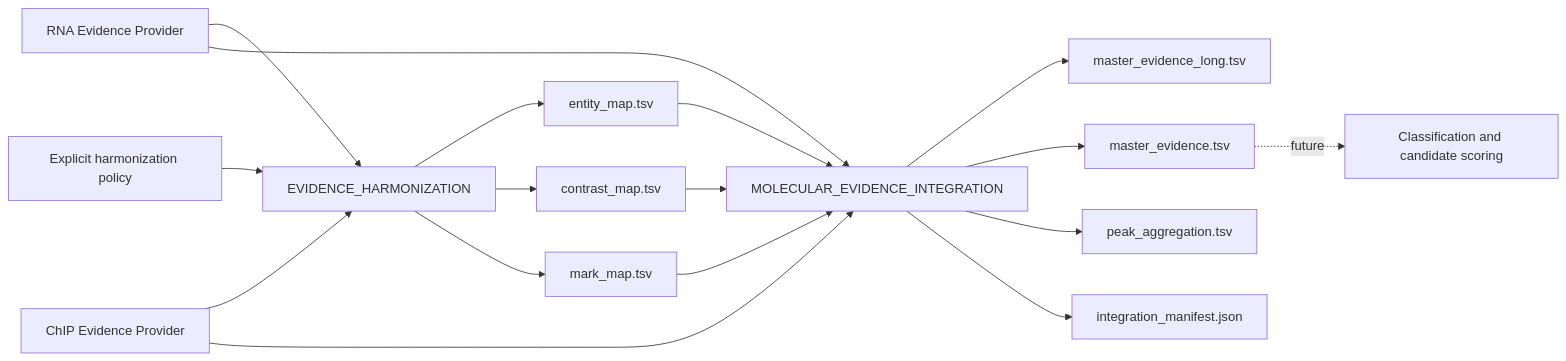
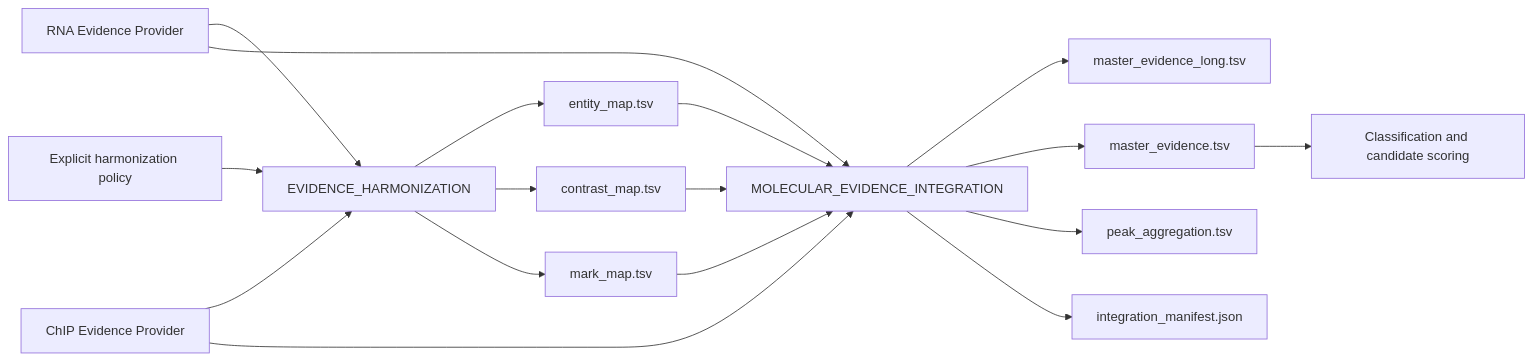
Before and after one commit to GMiguelAlves/HelixForge: the diagram in docs/cross_assay_integration.md, drawn with Mermaid. The commit also changed 9 other files, not shown here.

````diff
--- a/docs/cross_assay_integration.md
+++ b/docs/cross_assay_integration.md
@@ -14,19 +14,19 @@
 ```mermaid
 flowchart LR
     RNA[RNA Evidence Provider] --> H[EVIDENCE_HARMONIZATION]
     CHIP[ChIP Evidence Provider] --> H
     POLICY[Explicit harmonization policy] --> H
     H --> EM[entity_map.tsv]
     H --> CM[contrast_map.tsv]
     H --> MM[mark_map.tsv]
     EM --> I[MOLECULAR_EVIDENCE_INTEGRATION]
     CM --> I
     MM --> I
     RNA --> I
     CHIP --> I
     I --> LONG[master_evidence_long.tsv]
     I --> MASTER[master_evidence.tsv]
     I --> PEAKS[peak_aggregation.tsv]
     I --> MANIFEST[integration_manifest.json]
-    MASTER -. future .-> STAGE5[Classification and candidate scoring]
+    MASTER --> STAGE5[Classification and candidate scoring]
 ```
````
